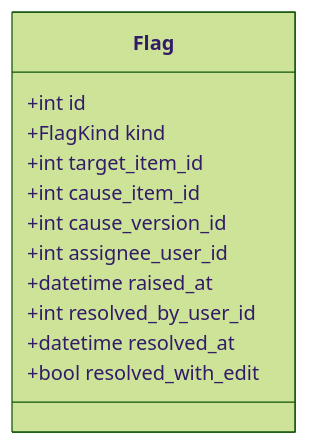
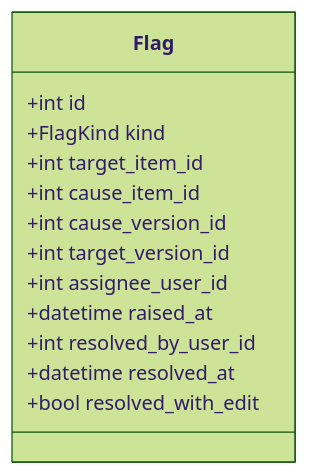
The eighth of 21 diagrams in docs/specs/06-DOM/SYNC-DOM-002.md (HoyoungParkme/syncdoc), drawn with Mermaid (forest theme) before and after one commit. The commit also changed other lines of this file and 4 other files, not shown here.

````diff
--- a/docs/specs/06-DOM/SYNC-DOM-002.md
+++ b/docs/specs/06-DOM/SYNC-DOM-002.md
@@ -289,15 +290,16 @@
 ```mermaid
 classDiagram
     class Flag {
         +int id
         +FlagKind kind
         +int target_item_id
         +int cause_item_id
         +int cause_version_id
+        +int target_version_id
         +int assignee_user_id
         +datetime raised_at
         +int resolved_by_user_id
         +datetime resolved_at
         +bool resolved_with_edit
     }
 ```
````
